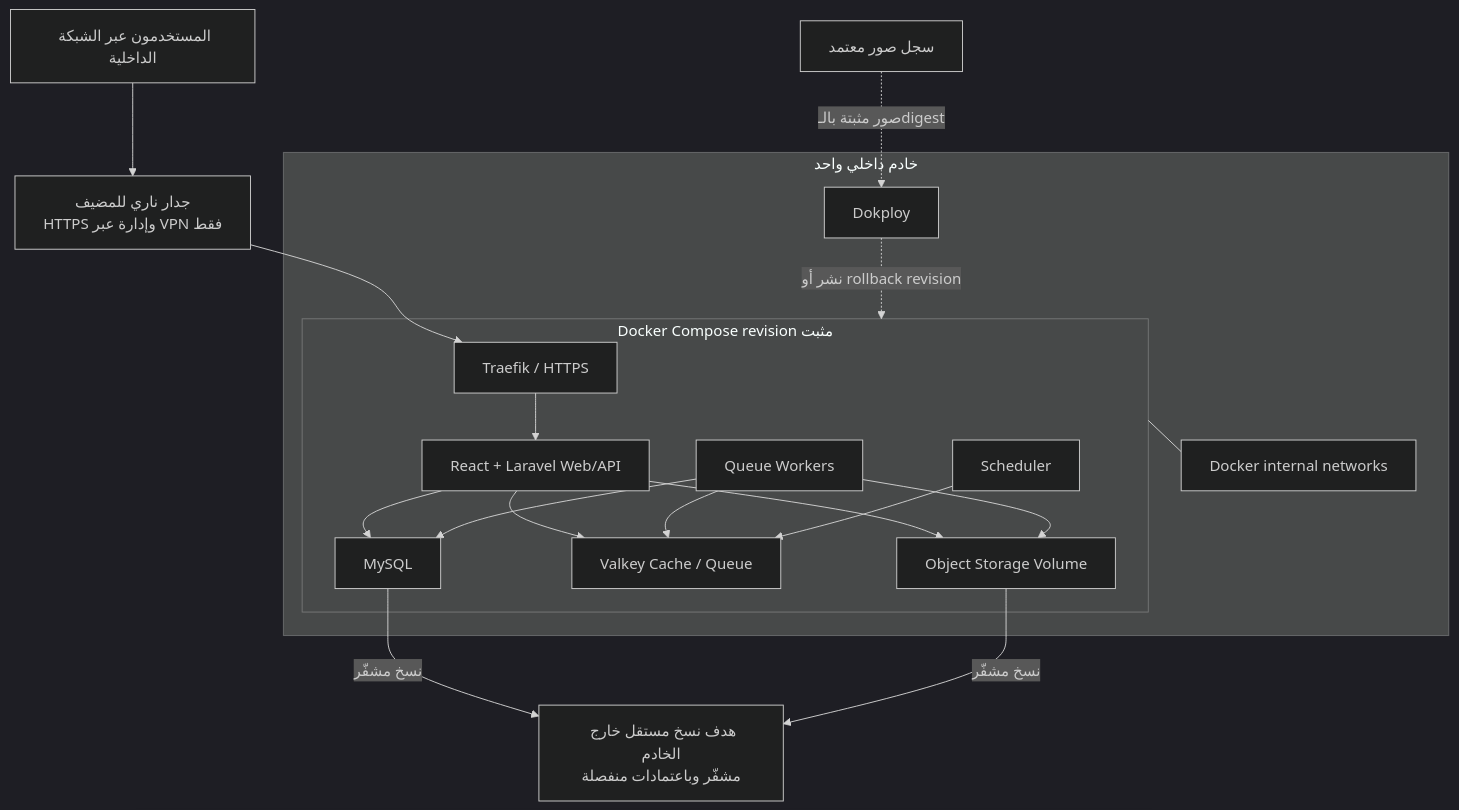
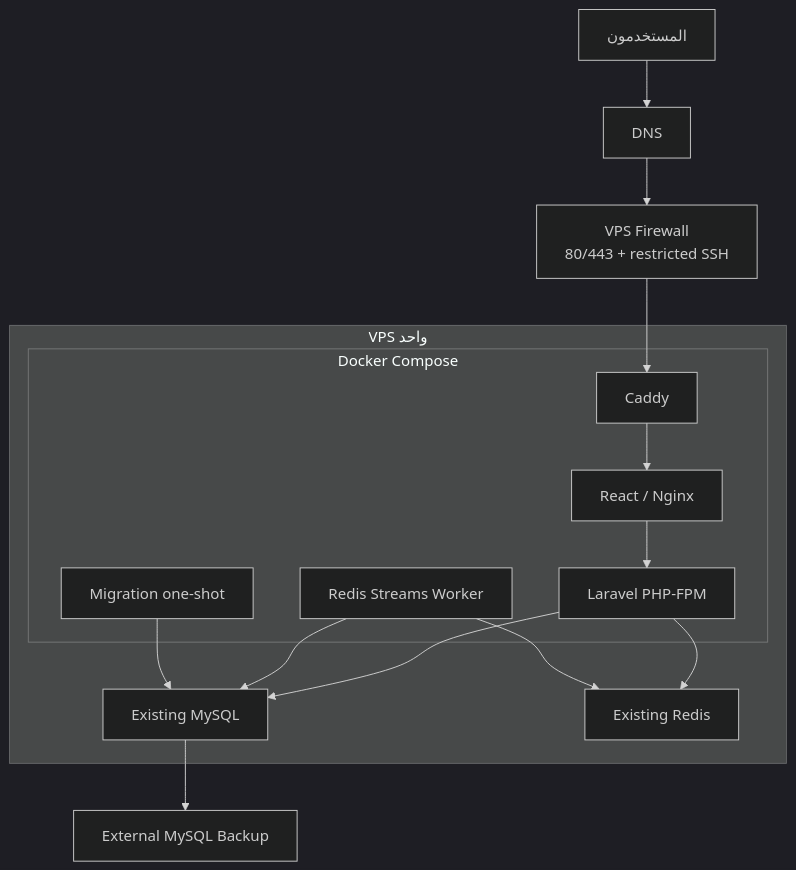
Before and after one commit to tariiq222/cluster: the diagram in docs/architecture/diagrams/deployment.mmd, drawn with Mermaid (dark theme). The commit also changed 67 other files, not shown here.

Commit message:
feat(platform): deploy direct VPS stack with Redis

```diff
--- a/docs/architecture/diagrams/deployment.mmd
+++ b/docs/architecture/diagrams/deployment.mmd
@@ -1,35 +1,26 @@
 flowchart TB
-    USERS["المستخدمون عبر الشبكة الداخلية"]
-    FW["جدار ناري للمضيف<br/>HTTPS وإدارة عبر VPN فقط"]
+    USERS["المستخدمون"]
+    DNS["DNS"]
+    FW["VPS Firewall<br/>80/443 + restricted SSH"]
 
-    subgraph HOST["خادم داخلي واحد"]
-        DOKPLOY["Dokploy"]
-        subgraph COMPOSE["Docker Compose revision مثبت"]
-            TRAEFIK["Traefik / HTTPS"]
-            WEB["React + Laravel Web/API"]
-            WORKERS["Queue Workers"]
-            CRON["Scheduler"]
-            MYSQL["MySQL"]
-            VALKEY["Valkey Cache / Queue"]
-            OBJECT["Object Storage Volume"]
+    subgraph VPS["VPS واحد"]
+        subgraph COMPOSE["Docker Compose"]
+            CADDY["Caddy"]
+            WEB["React / Nginx"]
+            API["Laravel PHP-FPM"]
+            WORKER["Redis Streams Worker"]
+            MIGRATE["Migration one-shot"]
         end
-        INTERNAL["Docker internal networks"]
+        MYSQL["Existing MySQL"]
+        REDIS["Existing Redis"]
     end
 
-    BACKUP["هدف نسخ مستقل خارج الخادم<br/>مشفّر وباعتمادات منفصلة"]
-    REGISTRY["سجل صور معتمد"]
+    BACKUP["External MySQL Backup"]
 
-    USERS --> FW --> TRAEFIK
-    TRAEFIK --> WEB
-    WEB --> MYSQL
-    WEB --> VALKEY
-    WEB --> OBJECT
-    WORKERS --> MYSQL
-    WORKERS --> VALKEY
-    WORKERS --> OBJECT
-    CRON --> VALKEY
-    COMPOSE --- INTERNAL
-    DOKPLOY -.->|"نشر أو rollback revision"| COMPOSE
-    REGISTRY -.->|"صور مثبتة بالـdigest"| DOKPLOY
-    MYSQL -->|"نسخ مشفّر"| BACKUP
-    OBJECT -->|"نسخ مشفّر"| BACKUP
+    USERS --> DNS --> FW --> CADDY --> WEB --> API
+    API --> MYSQL
+    API --> REDIS
+    WORKER --> MYSQL
+    WORKER --> REDIS
+    MIGRATE --> MYSQL
+    MYSQL --> BACKUP
```
